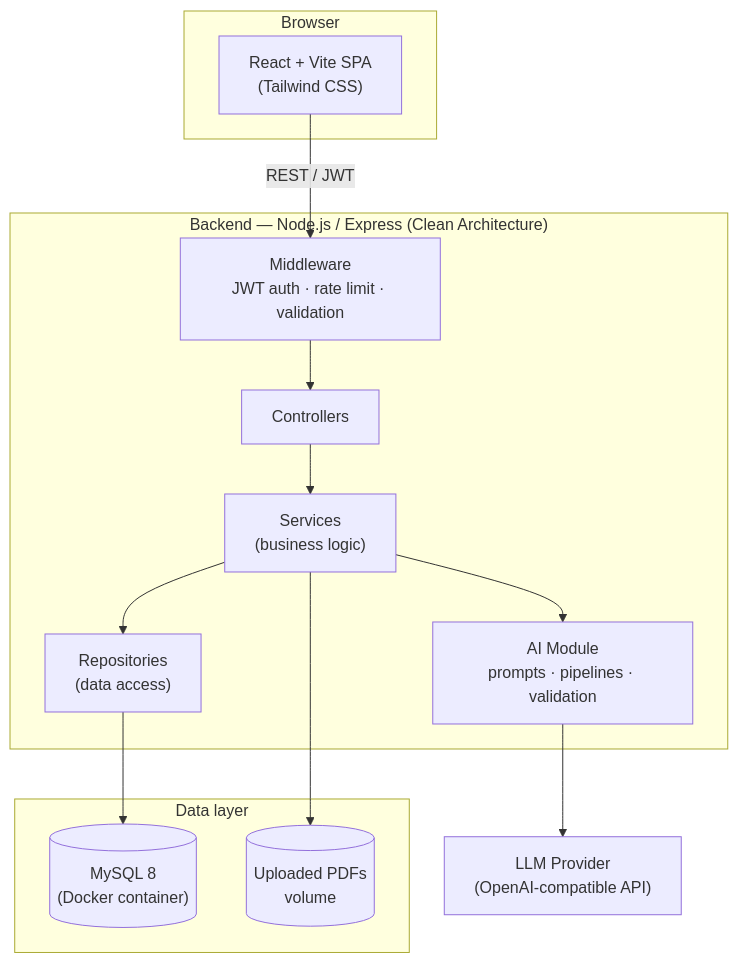
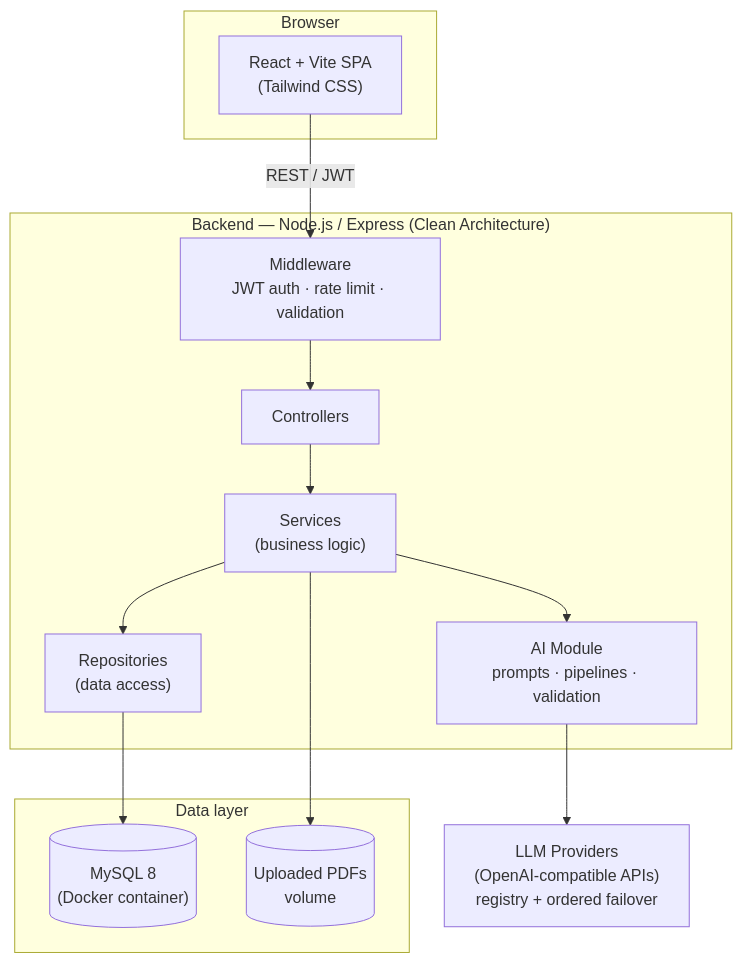
The diagram in docs/ARCHITECTURE.md (ProttoyDip/AcadIQ), drawn with Mermaid before and after one commit. The commit also changed other lines of this file and 34 other files, not shown here.

````diff
--- a/docs/ARCHITECTURE.md
+++ b/docs/ARCHITECTURE.md
@@ -5,26 +5,26 @@
 ```mermaid
 flowchart TB
     subgraph Client["Browser"]
         UI["React + Vite SPA<br/>(Tailwind CSS)"]
     end
 
     subgraph Backend["Backend — Node.js / Express (Clean Architecture)"]
         MW["Middleware<br/>JWT auth · rate limit · validation"]
         CTRL["Controllers"]
         SVC["Services<br/>(business logic)"]
         REPO["Repositories<br/>(data access)"]
         AI["AI Module<br/>prompts · pipelines · validation"]
     end
 
     subgraph Data["Data layer"]
         MySQL[("MySQL 8<br/>(Docker container)")]
         Files[("Uploaded PDFs<br/>volume")]
     end
 
-    LLM["LLM Provider<br/>(OpenAI-compatible API)"]
+    LLM["LLM Providers<br/>(OpenAI-compatible APIs)<br/>registry + ordered failover"]
 
     UI -- "REST / JWT" --> MW --> CTRL --> SVC
     SVC --> REPO --> MySQL
     SVC --> AI --> LLM
     SVC --> Files
 ```
````
